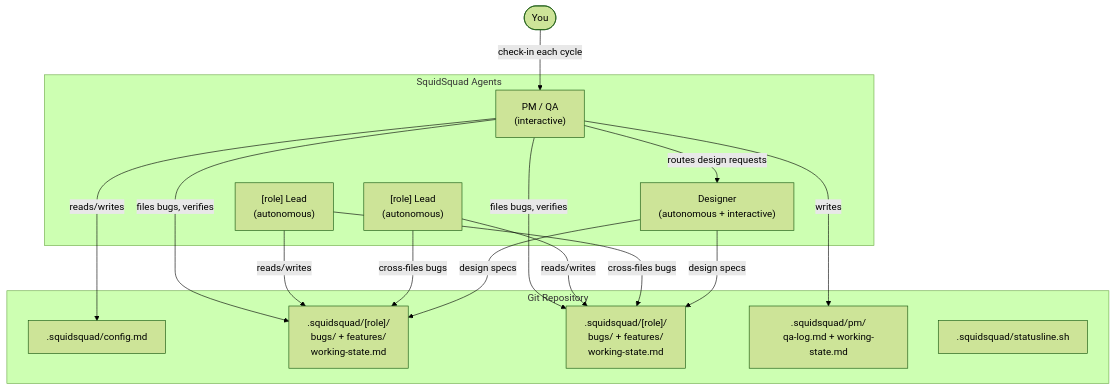
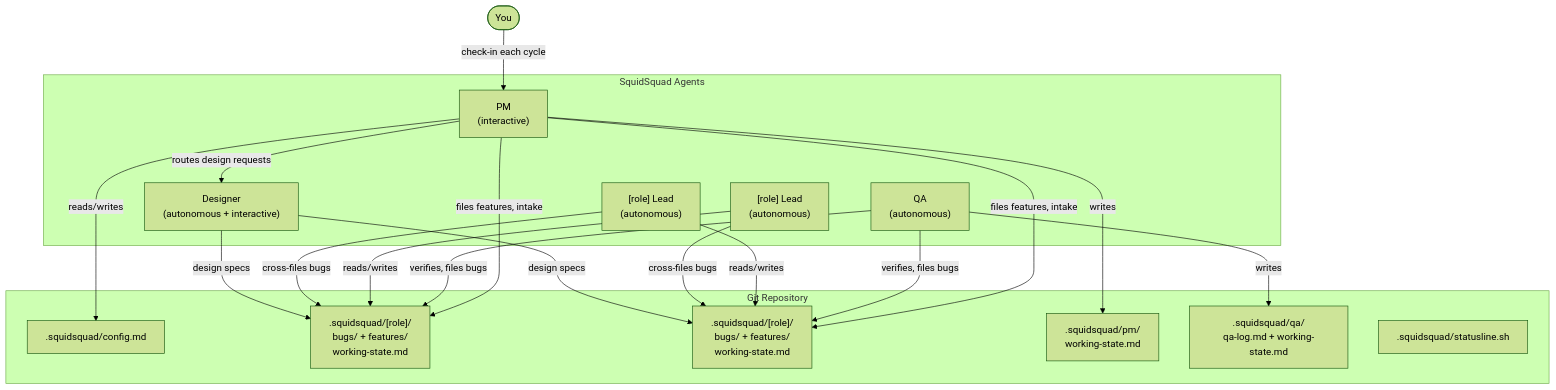
Before and after one commit to WallyDoodlez/SquidSquad: the second of 2 diagrams in README.md, drawn with Mermaid (forest theme). The commit also changed other lines of this file and 5 other files, not shown here.

````diff
--- a/README.md
+++ b/README.md
@@ -74,32 +75,37 @@
 ```mermaid
 graph TD
     H(["You"])
 
     subgraph squad["SquidSquad Agents"]
-        PM["PM / QA\n(interactive)"]
+        PM["PM\n(interactive)"]
+        QA["QA\n(autonomous)"]
         R1["[role] Lead\n(autonomous)"]
         R2["[role] Lead\n(autonomous)"]
         DS["Designer\n(autonomous + interactive)"]
     end
 
     subgraph repo["Git Repository"]
         CFG[".squidsquad/config.md"]
         T1[".squidsquad/[role]/\nbugs/ + features/\nworking-state.md"]
         T2[".squidsquad/[role]/\nbugs/ + features/\nworking-state.md"]
-        PM_T[".squidsquad/pm/\nqa-log.md + working-state.md"]
+        PM_T[".squidsquad/pm/\nworking-state.md"]
+        QA_T[".squidsquad/qa/\nqa-log.md + working-state.md"]
         SL[".squidsquad/statusline.sh"]
     end
 
     H -- "check-in each cycle" --> PM
     PM -- reads/writes --> CFG
-    PM -- files bugs, verifies --> T1
-    PM -- files bugs, verifies --> T2
+    PM -- "files features, intake" --> T1
+    PM -- "files features, intake" --> T2
     PM -- writes --> PM_T
+    QA -- "verifies, files bugs" --> T1
+    QA -- "verifies, files bugs" --> T2
+    QA -- writes --> QA_T
     R1 -- reads/writes --> T1
     R2 -- reads/writes --> T2
     R1 -- cross-files bugs --> T2
     R2 -- cross-files bugs --> T1
     DS -- "design specs" --> T1
     DS -- "design specs" --> T2
     PM -- "routes design requests" --> DS
 ```
````
